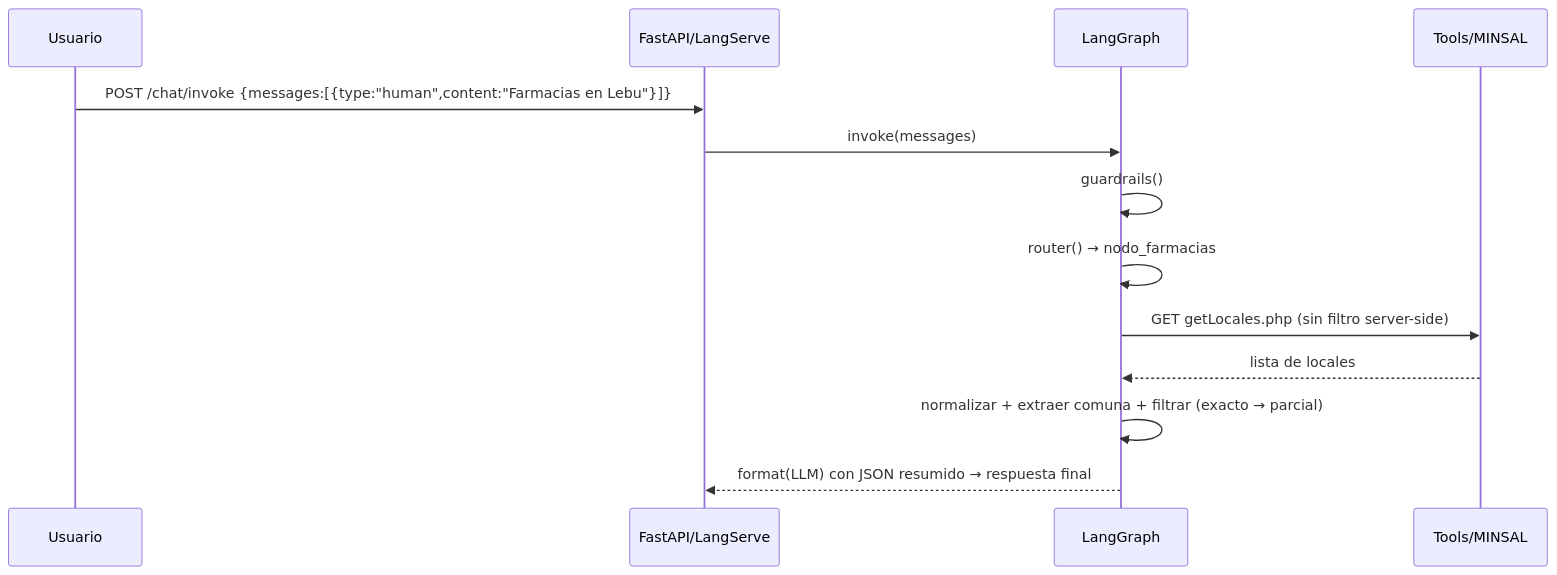
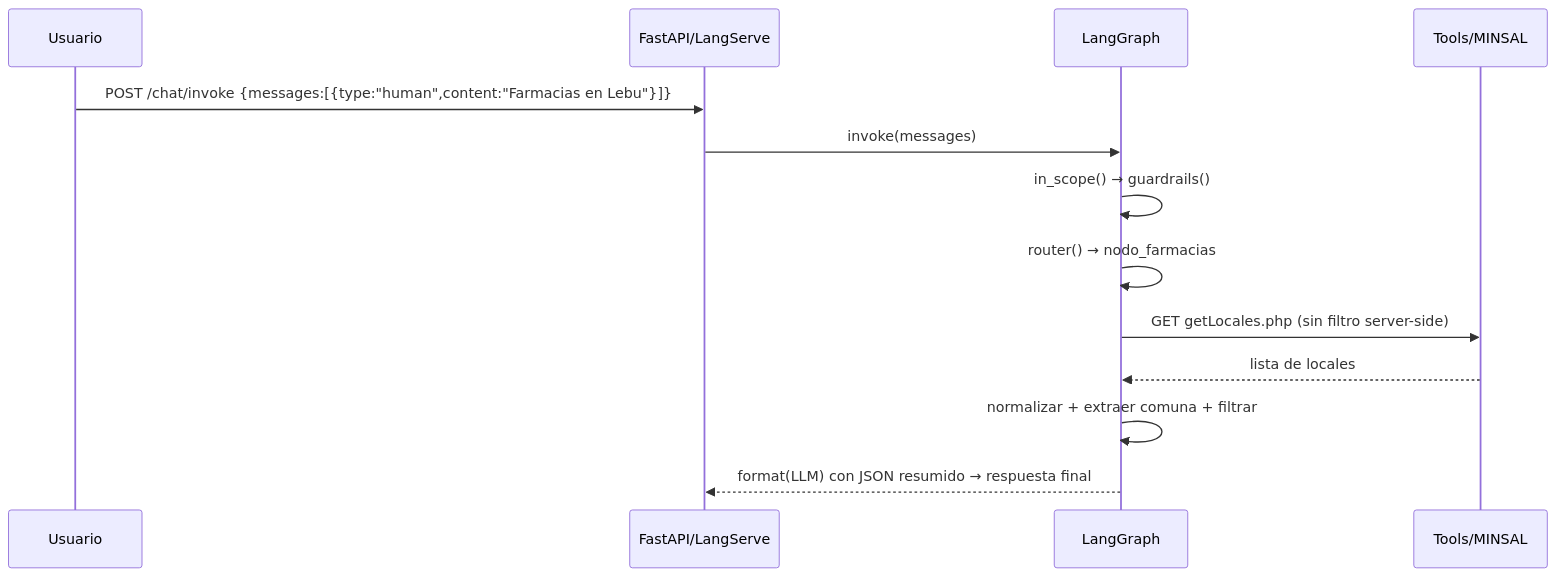
Before and after one commit to lastra00/medical-assistant: the fourth of 4 diagrams in med_agent/README.md, drawn with Mermaid. The commit also changed other lines of this file and 1 other file, not shown here.

````diff
--- a/med_agent/README.md
+++ b/med_agent/README.md
@@ -159,15 +146,15 @@
 ```mermaid
 sequenceDiagram
   participant U as Usuario
   participant API as FastAPI/LangServe
   participant G as LangGraph
   participant T as Tools/MINSAL
   U->>API: POST /chat/invoke {messages:[{type:"human",content:"Farmacias en Lebu"}]}
   API->>G: invoke(messages)
-  G->>G: guardrails()
+  G->>G: in_scope() → guardrails()
   G->>G: router() → nodo_farmacias
   G->>T: GET getLocales.php (sin filtro server-side)
   T-->>G: lista de locales
-  G->>G: normalizar + extraer comuna + filtrar (exacto → parcial)
+  G->>G: normalizar + extraer comuna + filtrar
   G-->>API: format(LLM) con JSON resumido → respuesta final
 ```
````
